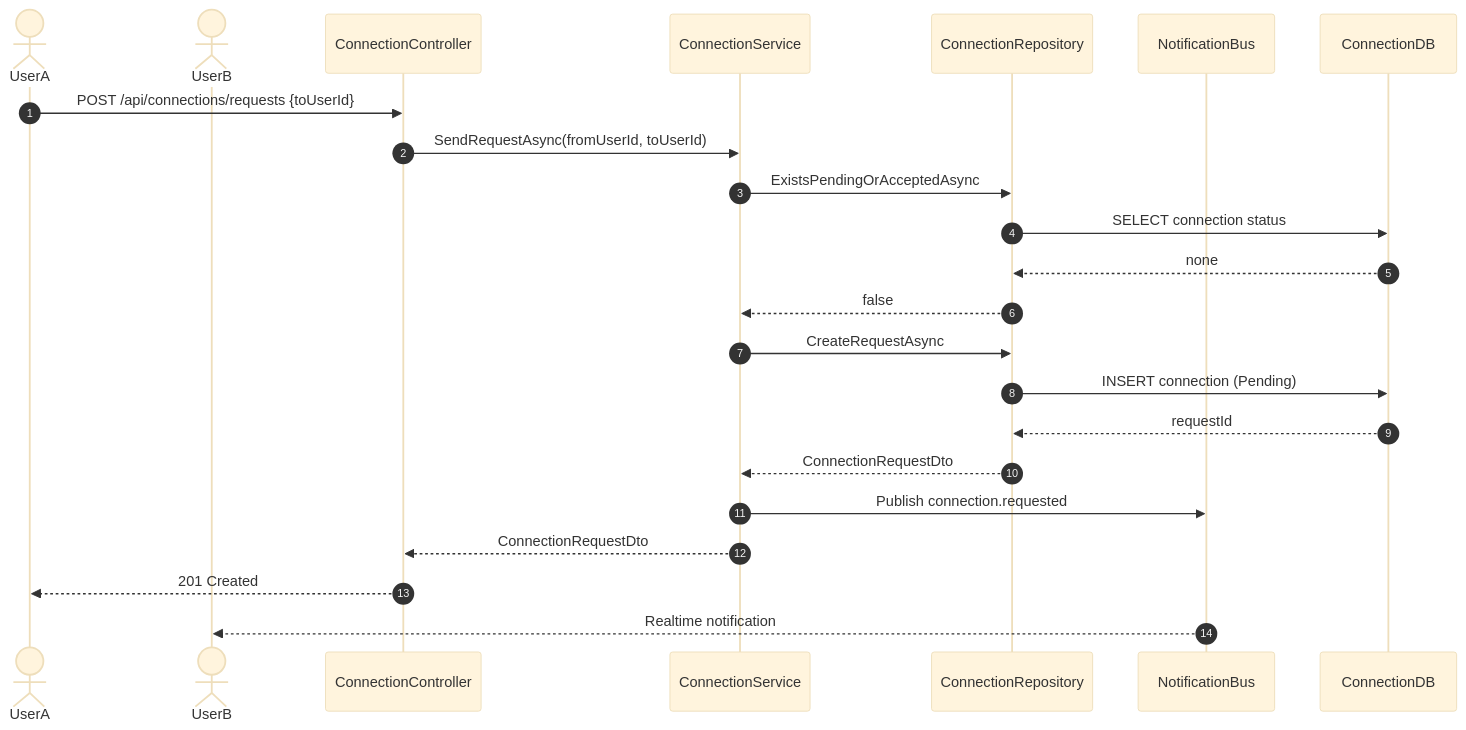
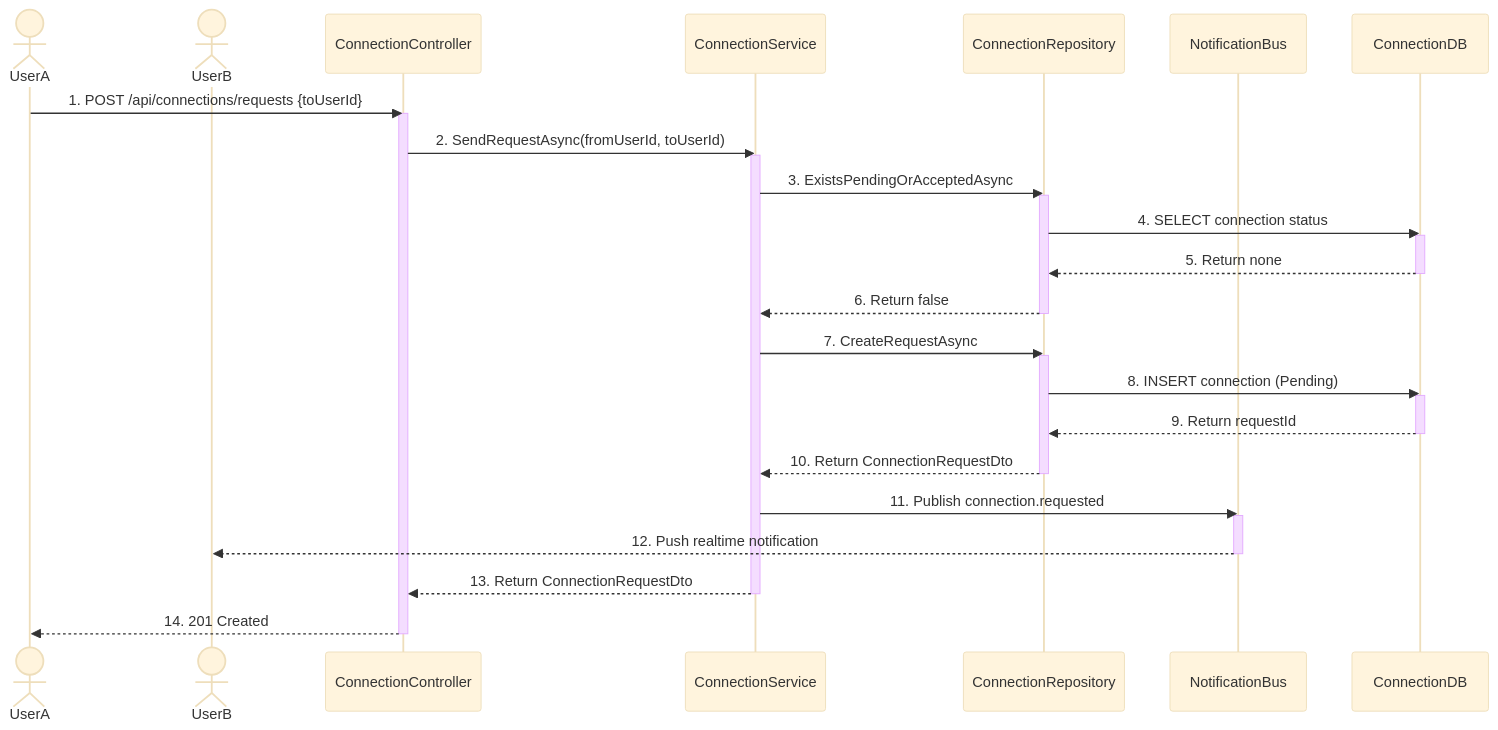
Before and after one commit to SEP490-CapstoneProject/SEP490_BE: the diagram in sequence_dia/connection_service_sequence_diagram.md, drawn with Mermaid (base theme). The commit also changed 14 other files, not shown here.

Commit message:
feat: Add sequence diagrams for various services and re-enable subscription quota check in ApplicationService

````diff
--- a/sequence_dia/connection_service_sequence_diagram.md
+++ b/sequence_dia/connection_service_sequence_diagram.md
@@ -1,26 +1,39 @@
 ```mermaid
 sequenceDiagram
-    autonumber
     actor UserA
     actor UserB
     participant ConnectionController
     participant ConnectionService
     participant ConnectionRepository
     participant NotificationBus
     participant ConnectionDB
 
-    UserA->>ConnectionController: POST /api/connections/requests {toUserId}
-    ConnectionController->>ConnectionService: SendRequestAsync(fromUserId, toUserId)
-    ConnectionService->>ConnectionRepository: ExistsPendingOrAcceptedAsync
-    ConnectionRepository->>ConnectionDB: SELECT connection status
-    ConnectionDB-->>ConnectionRepository: none
-    ConnectionRepository-->>ConnectionService: false
-    ConnectionService->>ConnectionRepository: CreateRequestAsync
-    ConnectionRepository->>ConnectionDB: INSERT connection (Pending)
-    ConnectionDB-->>ConnectionRepository: requestId
-    ConnectionRepository-->>ConnectionService: ConnectionRequestDto
-    ConnectionService->>NotificationBus: Publish connection.requested
-    ConnectionService-->>ConnectionController: ConnectionRequestDto
-    ConnectionController-->>UserA: 201 Created
-    NotificationBus-->>UserB: Realtime notification
+    UserA->>ConnectionController: 1. POST /api/connections/requests {toUserId}
+    activate ConnectionController
+    ConnectionController->>ConnectionService: 2. SendRequestAsync(fromUserId, toUserId)
+    activate ConnectionService
+    ConnectionService->>ConnectionRepository: 3. ExistsPendingOrAcceptedAsync
+    activate ConnectionRepository
+    ConnectionRepository->>ConnectionDB: 4. SELECT connection status
+    activate ConnectionDB
+    ConnectionDB-->>ConnectionRepository: 5. Return none
+    deactivate ConnectionDB
+    ConnectionRepository-->>ConnectionService: 6. Return false
+    deactivate ConnectionRepository
+    ConnectionService->>ConnectionRepository: 7. CreateRequestAsync
+    activate ConnectionRepository
+    ConnectionRepository->>ConnectionDB: 8. INSERT connection (Pending)
+    activate ConnectionDB
+    ConnectionDB-->>ConnectionRepository: 9. Return requestId
+    deactivate ConnectionDB
+    ConnectionRepository-->>ConnectionService: 10. Return ConnectionRequestDto
+    deactivate ConnectionRepository
+    ConnectionService->>NotificationBus: 11. Publish connection.requested
+    activate NotificationBus
+    NotificationBus-->>UserB: 12. Push realtime notification
+    deactivate NotificationBus
+    ConnectionService-->>ConnectionController: 13. Return ConnectionRequestDto
+    deactivate ConnectionService
+    ConnectionController-->>UserA: 14. 201 Created
+    deactivate ConnectionController
 ```
````
